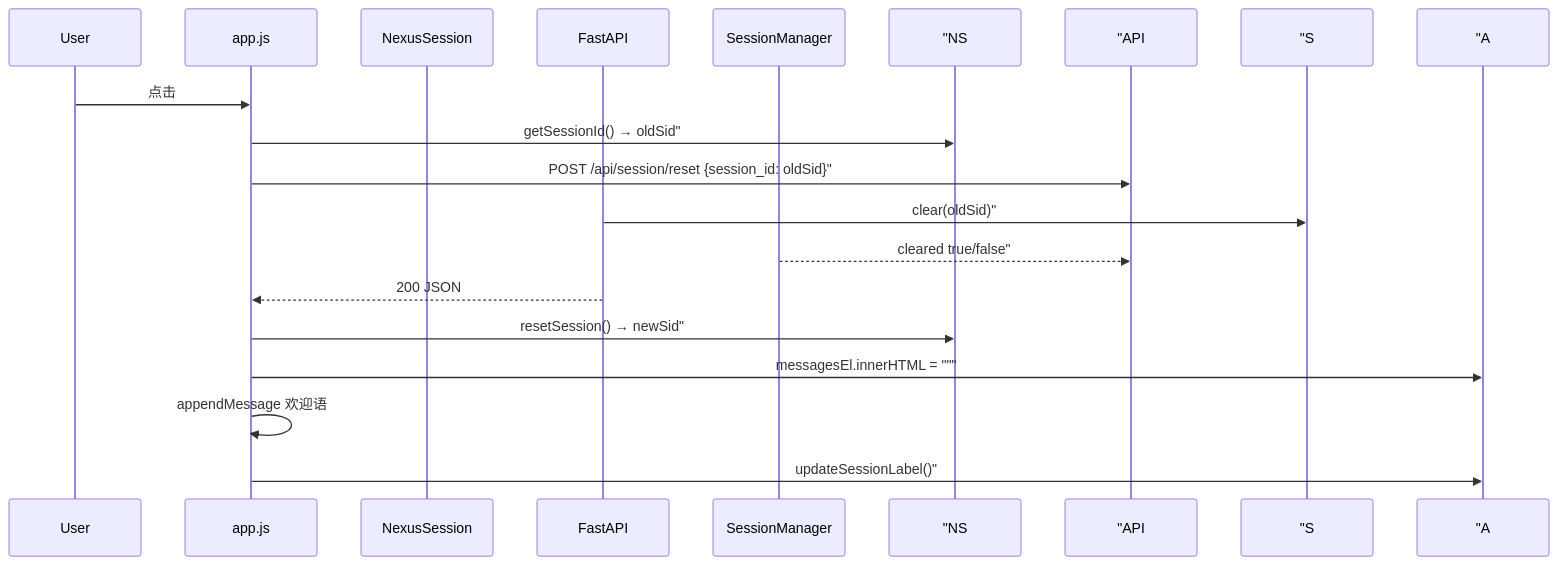
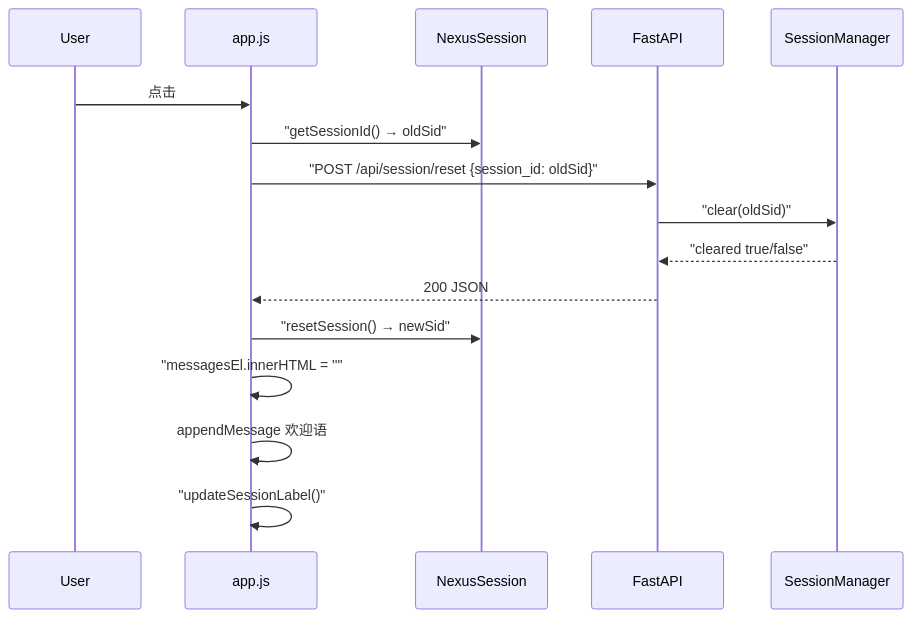
Before and after one commit to ab6539763/70_days_course_plus: the second of 4 diagrams in course/day24/03_架构设计.md, drawn with Mermaid. The commit also changed 80 other files, not shown here.

First line of the commit message:
fix(course): 修复 Mermaid 图表渲染报错 + 同步嵌入代码快照

````diff
--- a/course/day24/03_架构设计.md
+++ b/course/day24/03_架构设计.md
@@ -52,18 +52,18 @@
 ```mermaid
 sequenceDiagram
     participant U as User
     participant A as app.js
     participant NS as NexusSession
     participant API as FastAPI
     participant S as SessionManager
     U->>A: 点击 #new-chat-btn
-    A->> "NS: getSessionId() → oldSid"
-    A->> "API: POST /api/session/reset {session_id: oldSid}"
-    API->> "S: clear(oldSid)"
-    S-->> "API: cleared true/false"
+    A->>NS: "getSessionId() → oldSid"
+    A->>API: "POST /api/session/reset {session_id: oldSid}"
+    API->>S: "clear(oldSid)"
+    S-->>API: "cleared true/false"
     API-->>A: 200 JSON
-    A->> "NS: resetSession() → newSid"
-    A->> "A: messagesEl.innerHTML = """
+    A->>NS: "resetSession() → newSid"
+    A->>A: "messagesEl.innerHTML = ''"
     A->>A: appendMessage 欢迎语
-    A->> "A: updateSessionLabel()"
+    A->>A: "updateSessionLabel()"
 ```
````
